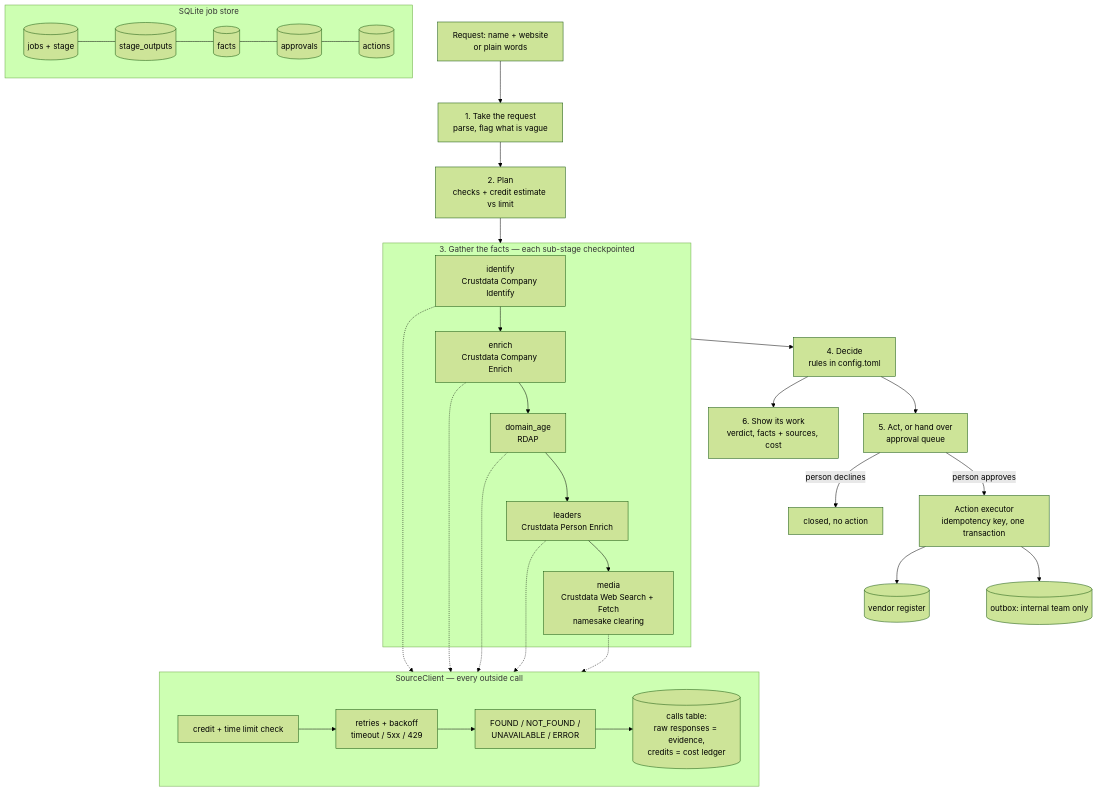
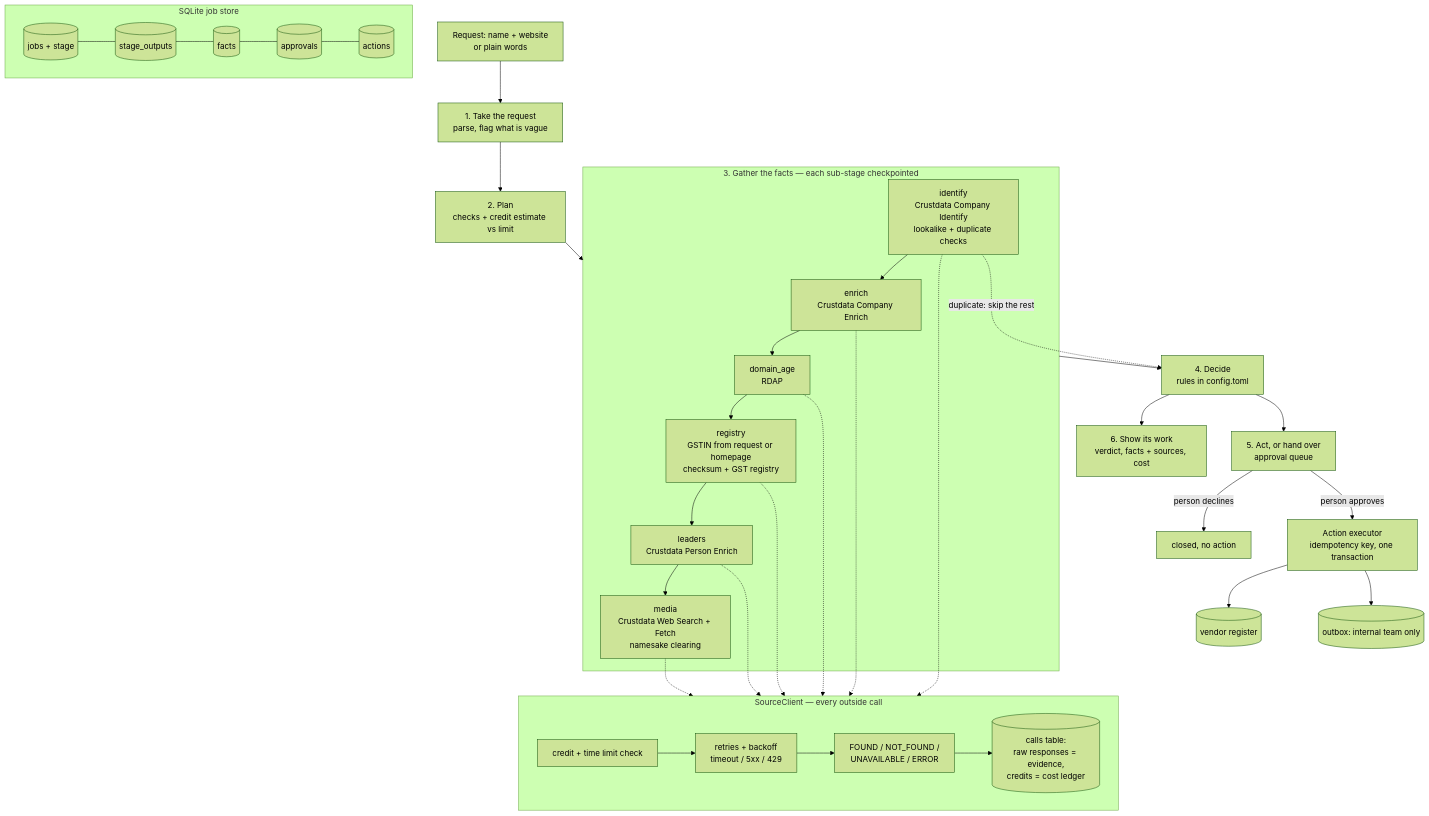
The diagram in ARCHITECTURE.md (navkarchordiya/trust_and_compliance), drawn with Mermaid (forest theme) before and after one commit. The commit also changed other lines of this file and 19 other files, not shown here.

First line of the commit message:
Hard cases: lookalike domains, GST registry, batch/eval, restart-safe limits

````diff
--- a/ARCHITECTURE.md
+++ b/ARCHITECTURE.md
@@ -3,37 +3,40 @@
 ```mermaid
 flowchart TD
     REQ[Request: name + website<br/>or plain words] --> TAKE[1. Take the request<br/>parse, flag what is vague]
     TAKE --> PLAN[2. Plan<br/>checks + credit estimate vs limit]
     PLAN --> GATHER
 
     subgraph GATHER[3. Gather the facts — each sub-stage checkpointed]
-        ID[identify<br/>Crustdata Company Identify] --> EN[enrich<br/>Crustdata Company Enrich]
+        ID[identify<br/>Crustdata Company Identify<br/>lookalike + duplicate checks] --> EN[enrich<br/>Crustdata Company Enrich]
         EN --> AGE[domain_age<br/>RDAP]
-        AGE --> LEAD[leaders<br/>Crustdata Person Enrich]
+        AGE --> REGS[registry<br/>GSTIN from request or homepage<br/>checksum + GST registry]
+        REGS --> LEAD[leaders<br/>Crustdata Person Enrich]
         LEAD --> MEDIA[media<br/>Crustdata Web Search + Fetch<br/>namesake clearing]
     end
 
     GATHER --> DECIDE[4. Decide<br/>rules in config.toml]
+    ID -.->|duplicate: skip the rest| DECIDE
     DECIDE --> HAND[5. Act, or hand over<br/>approval queue]
     HAND -->|person approves| ACT[Action executor<br/>idempotency key, one transaction]
     HAND -->|person declines| CLOSE[closed, no action]
     ACT --> REG[(vendor register)]
     ACT --> OUT[(outbox: internal team only)]
     DECIDE --> SHOW[6. Show its work<br/>verdict, facts + sources, cost]
 
     subgraph SC[SourceClient — every outside call]
         RETRY[retries + backoff<br/>timeout / 5xx / 429] --> CLASS[FOUND / NOT_FOUND /<br/>UNAVAILABLE / ERROR]
         BUDGET[credit + time limit check] --> RETRY
         CLASS --> CACHE[(calls table:<br/>raw responses = evidence,<br/>credits = cost ledger)]
     end
 
     ID -.-> SC
     EN -.-> SC
     AGE -.-> SC
+    REGS -.-> SC
     LEAD -.-> SC
     MEDIA -.-> SC
 
     subgraph DB[SQLite job store]
         JOBS[(jobs + stage)] --- STAGES[(stage_outputs)] --- FACTS[(facts)] --- APPR[(approvals)] --- ACTS[(actions)]
     end
 ```
````
